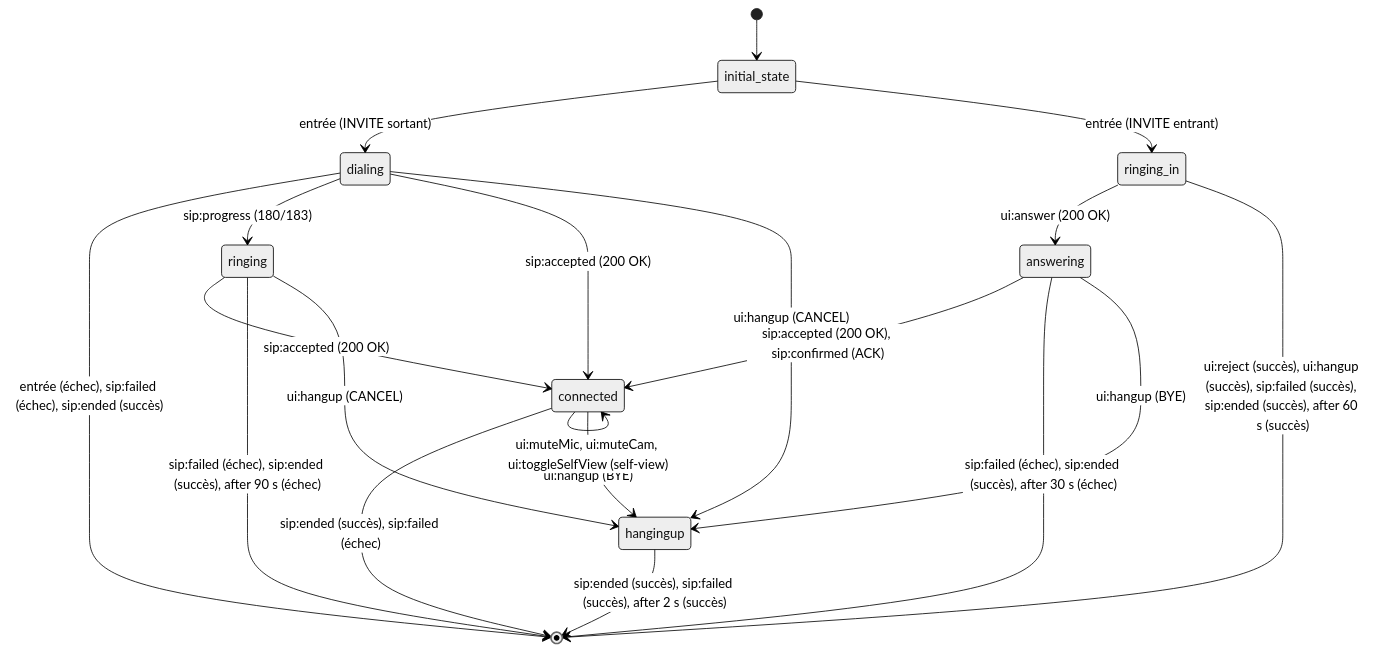
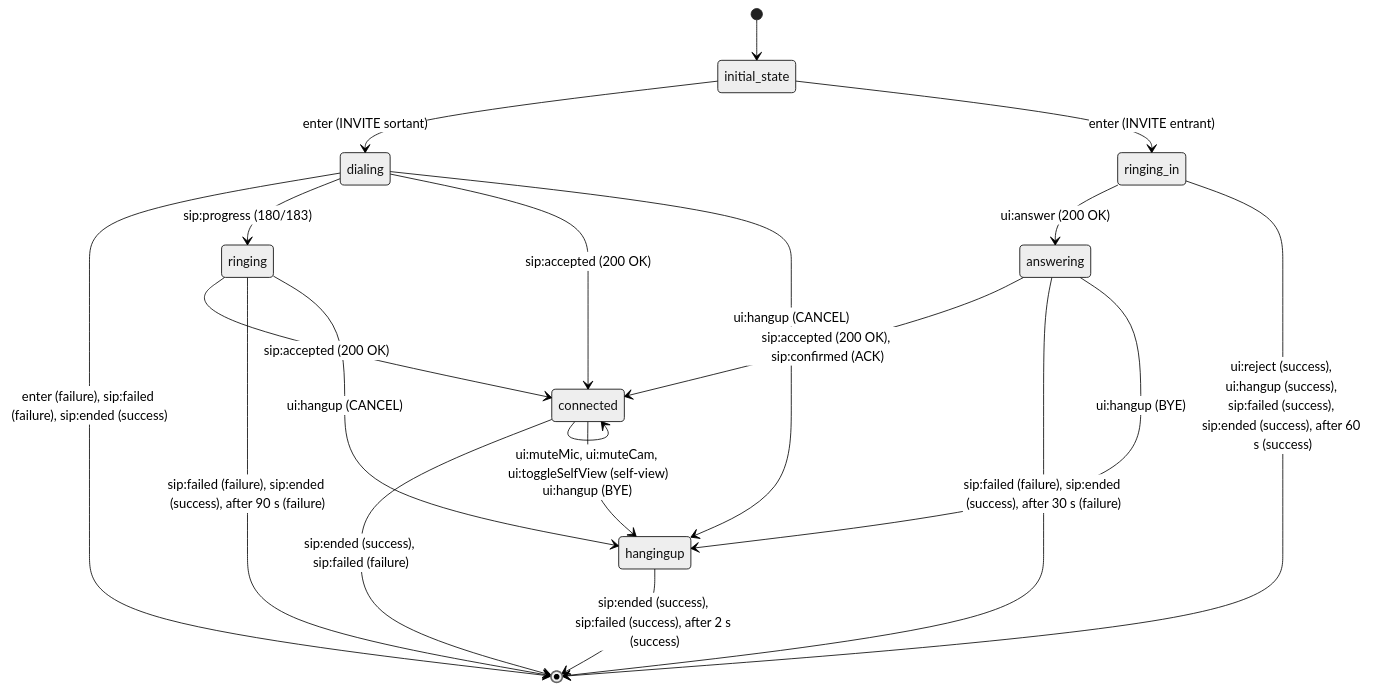
Before and after one commit to neutrino38/trix-web-client: the second of 2 diagrams in docs/DIAGRAMS.md, drawn with Mermaid (neutral theme). The commit also changed other lines of this file and 6 other files, not shown here.

First line of the commit message:
feat(diagrams): tirer les diagrammes de finite-state-language/diagram

````diff
--- a/docs/DIAGRAMS.md
+++ b/docs/DIAGRAMS.md
@@ -102,29 +102,29 @@
 ```mermaid
 stateDiagram-v2
-  state "initial_state" as initial_state
-  state "dialing" as dialing
-  state "ringing" as ringing
-  state "ringing_in" as ringing_in
-  state "answering" as answering
-  state "connected" as connected
-  state "hangingup" as hangingup
+  state initial_state
+  state dialing
+  state ringing
+  state ringing_in
+  state answering
+  state connected
+  state hangingup
   [*] --> initial_state
-  initial_state --> dialing: entrée (INVITE sortant)
-  initial_state --> ringing_in: entrée (INVITE entrant)
-  dialing --> [*]: entrée (échec), sip:failed (échec), sip:ended (succès)
+  initial_state --> dialing: enter (INVITE sortant)
+  initial_state --> ringing_in: enter (INVITE entrant)
+  dialing --> [*]: enter (failure), sip:failed (failure), sip:ended (success)
   dialing --> ringing: sip:progress (180/183)
   dialing --> connected: sip:accepted (200 OK)
   dialing --> hangingup: ui:hangup (CANCEL)
   ringing --> connected: sip:accepted (200 OK)
-  ringing --> [*]: sip:failed (échec), sip:ended (succès), after 90 s (échec)
+  ringing --> [*]: sip:failed (failure), sip:ended (success), after 90 s (failure)
   ringing --> hangingup: ui:hangup (CANCEL)
   ringing_in --> answering: ui:answer (200 OK)
-  ringing_in --> [*]: ui:reject (succès), ui:hangup (succès), sip:failed (succès), sip:ended (succès), after 60 s (succès)
+  ringing_in --> [*]: ui:reject (success), ui:hangup (success), sip:failed (success), sip:ended (success), after 60 s (success)
   answering --> connected: sip:accepted (200 OK), sip:confirmed (ACK)
-  answering --> [*]: sip:failed (échec), sip:ended (succès), after 30 s (échec)
+  answering --> [*]: sip:failed (failure), sip:ended (success), after 30 s (failure)
   answering --> hangingup: ui:hangup (BYE)
-  connected --> [*]: sip:ended (succès), sip:failed (échec)
+  connected --> [*]: sip:ended (success), sip:failed (failure)
   connected --> hangingup: ui:hangup (BYE)
   connected --> connected: ui:muteMic, ui:muteCam, ui:toggleSelfView (self-view)
-  hangingup --> [*]: sip:ended (succès), sip:failed (succès), after 2 s (succès)
+  hangingup --> [*]: sip:ended (success), sip:failed (success), after 2 s (success)
 ```
````
